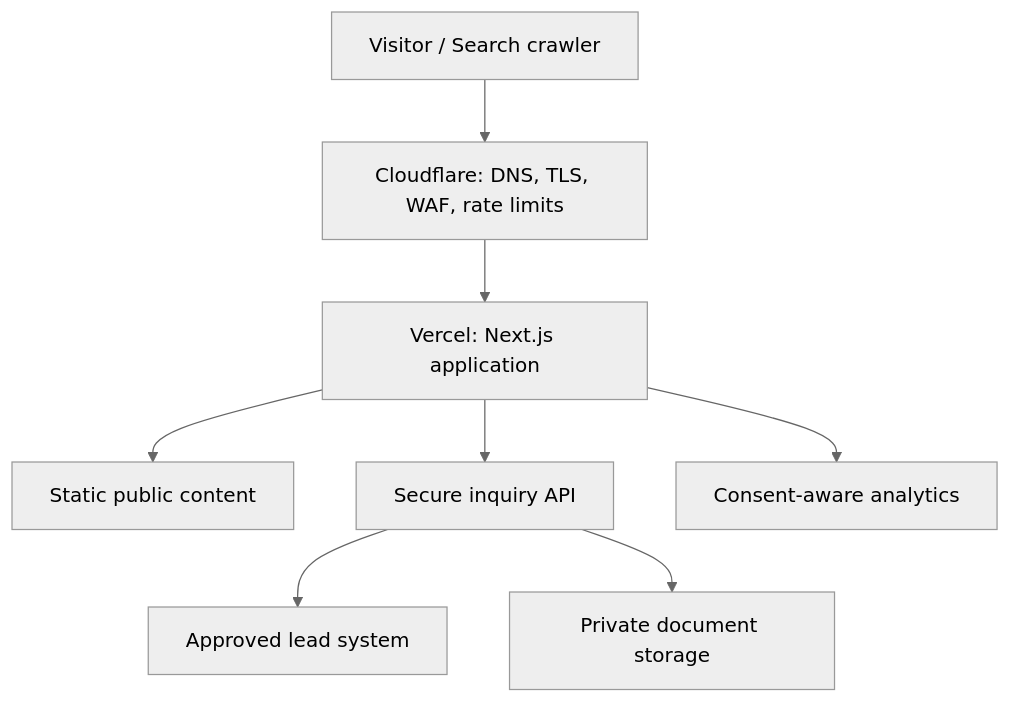
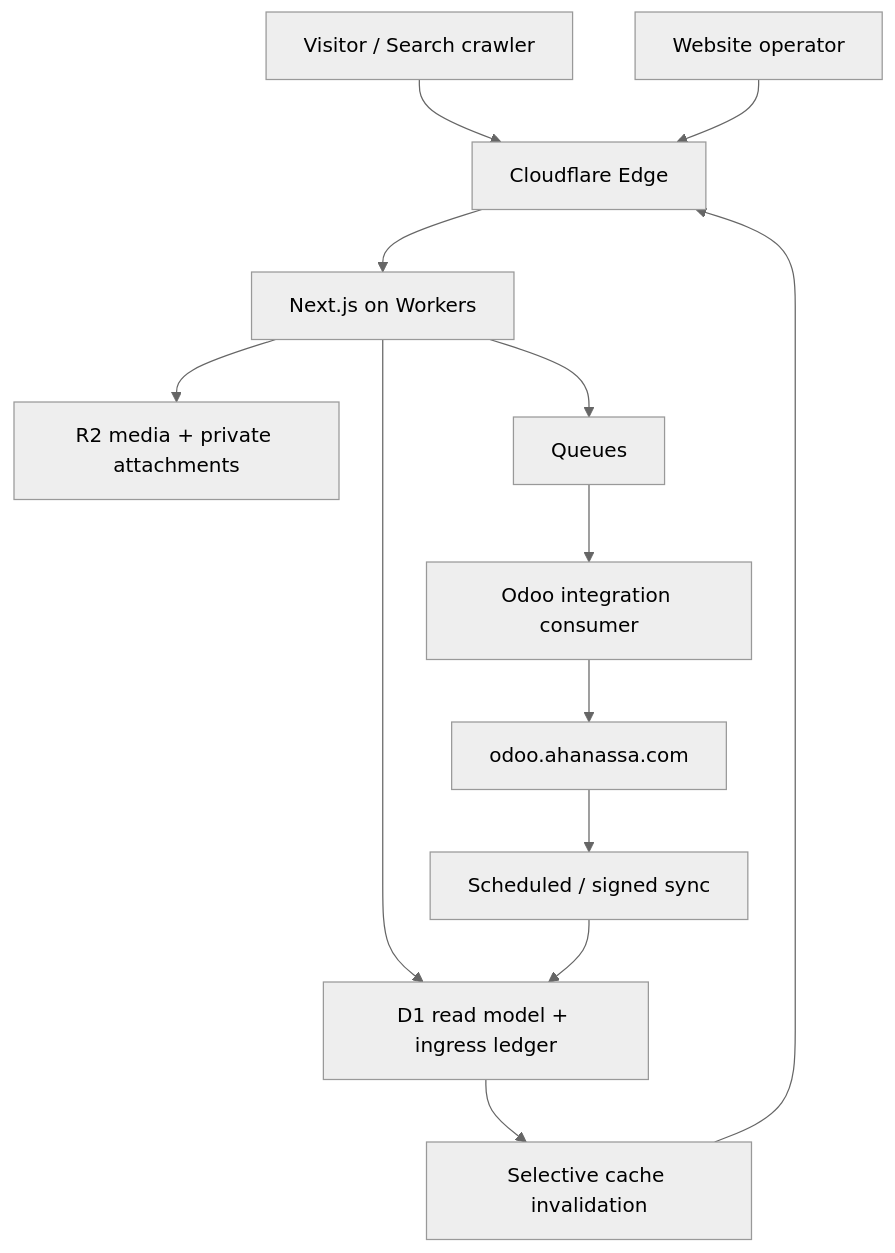
Before and after one commit to rezachidotnet/ahanassa-website: the first of 5 diagrams in 01-sources/TECHNICAL_ARCHITECTURE.md, drawn with Mermaid (neutral theme). The commit also changed other lines of this file and 38 other files, not shown here.

````diff
--- a/01-sources/TECHNICAL_ARCHITECTURE.md
+++ b/01-sources/TECHNICAL_ARCHITECTURE.md
@@ -97,10 +91,15 @@
 ```mermaid
 flowchart TD
-    U["Visitor / Search crawler"] --> CF["Cloudflare: DNS, TLS, WAF, rate limits"]
-    CF --> VE["Vercel: Next.js application"]
-    VE --> PC["Static public content"]
-    VE --> API["Secure inquiry API"]
-    API --> LS["Approved lead system"]
-    API --> OS["Private document storage"]
-    VE --> AN["Consent-aware analytics"]
+    U["Visitor / Search crawler"] --> E["Cloudflare Edge"]
+    OP["Website operator"] --> E
+    E --> APP["Next.js on Workers"]
+    APP --> D1["D1 read model + ingress ledger"]
+    APP --> R2["R2 media + private attachments"]
+    APP --> Q["Queues"]
+    Q --> IW["Odoo integration consumer"]
+    IW --> ODOO["odoo.ahanassa.com"]
+    ODOO --> SYNC["Scheduled / signed sync"]
+    SYNC --> D1
+    D1 --> PURGE["Selective cache invalidation"]
+    PURGE --> E
 ```
````
